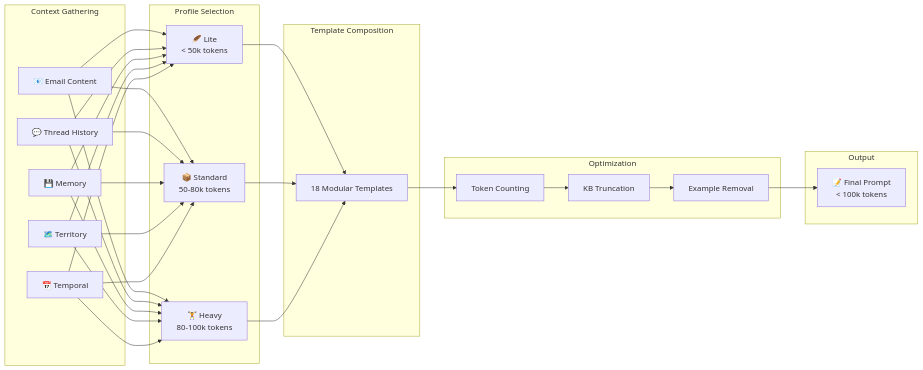
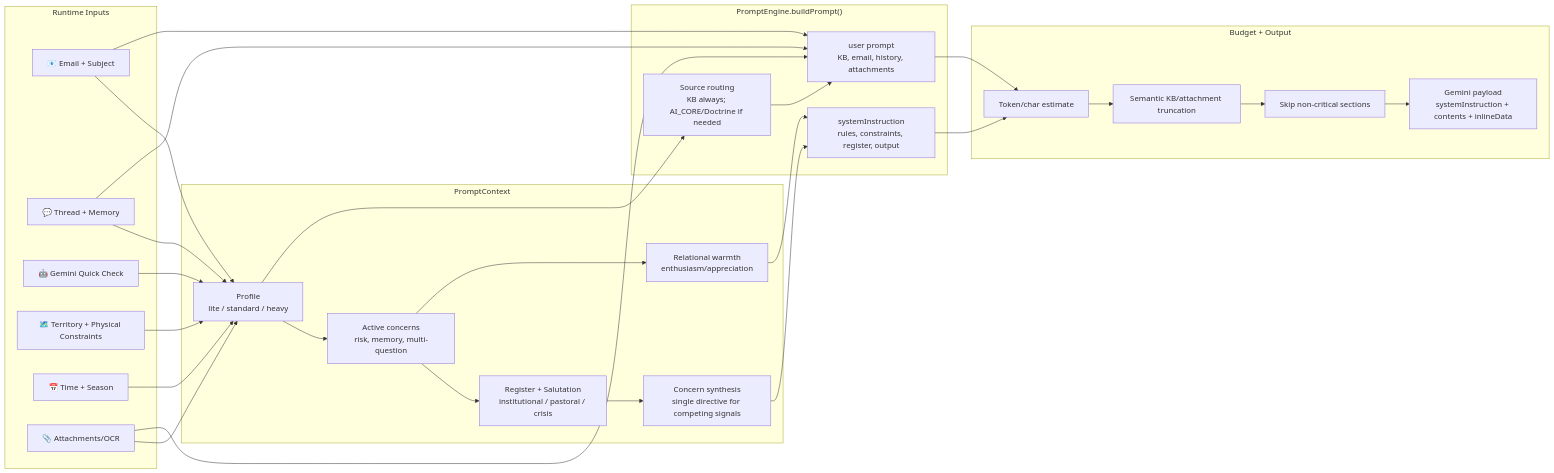
The seventh of 9 diagrams in docs/ARCHITECTURE_DIAGRAMS.md (rasanfil-source/segreteria), drawn with Mermaid before and after one commit. The commit also changed other lines of this file and 4 other files, not shown here.

Commit message:
Update architecture diagrams and readme modules description to include PromptContext and runtime prompt construction flow

````diff
--- a/docs/ARCHITECTURE_DIAGRAMS.md
+++ b/docs/ARCHITECTURE_DIAGRAMS.md
@@ -262,34 +266,42 @@
 ```mermaid
 graph LR
-    subgraph "Context Gathering"
-        A1["📧 Email Content"]
-        A2["💬 Thread History"]
-        A3["💾 Memory"]
-        A4["🗺️ Territory"]
-        A5["📅 Temporal"]
+    subgraph "Runtime Inputs"
+        A1["📧 Email + Subject"]
+        A2["💬 Thread + Memory"]
+        A3["🤖 Gemini Quick Check"]
+        A4["🗺️ Territory + Physical Constraints"]
+        A5["📅 Time + Season"]
+        A6["📎 Attachments/OCR"]
     end
-    
-    subgraph "Profile Selection"
-        P1["🪶 Lite<br/>< 50k tokens"]
-        P2["📦 Standard<br/>50-80k tokens"]
-        P3["🏋️ Heavy<br/>80-100k tokens"]
+
+    subgraph "PromptContext"
+        C1["Profile<br/>lite / standard / heavy"]
+        C2["Active concerns<br/>risk, memory, multi-question"]
+        C3["Register + Salutation<br/>institutional / pastoral / crisis"]
+        C4["Concern synthesis<br/>single directive for competing signals"]
+        C5["Relational warmth<br/>enthusiasm/appreciation"]
     end
-    
-    subgraph "Template Composition"
-        T["18 Modular Templates"]
+
+    subgraph "PromptEngine.buildPrompt()"
+        S1["systemInstruction<br/>rules, constraints, register, output"]
+        U1["user prompt<br/>KB, email, history, attachments"]
+        K1["Source routing<br/>KB always; AI_CORE/Doctrine if needed"]
     end
-    
-    subgraph "Optimization"
-        O1["Token Counting"]
-        O2["KB Truncation"]
-        O3["Example Removal"]
+
+    subgraph "Budget + Output"
+        B1["Token/char estimate"]
+        B2["Semantic KB/attachment truncation"]
+        B3["Skip non-critical sections"]
+        F["Gemini payload<br/>systemInstruction + contents + inlineData"]
     end
-    
-    subgraph "Output"
-        FINAL["📝 Final Prompt<br/>< 100k tokens"]
-    end
-    
-    A1 & A2 & A3 & A4 & A5 --> P1 & P2 & P3
-    P1 & P2 & P3 --> T
-    T --> O1 --> O2 --> O3 --> FINAL
+
+    A1 & A2 & A3 & A4 & A5 & A6 --> C1
+    C1 --> C2 --> C3 --> C4
+    C2 --> C5
+    C4 --> S1
+    C5 --> S1
+    A1 & A2 & A6 --> U1
+    C1 --> K1
+    K1 --> U1
+    S1 & U1 --> B1 --> B2 --> B3 --> F
 ```
````
